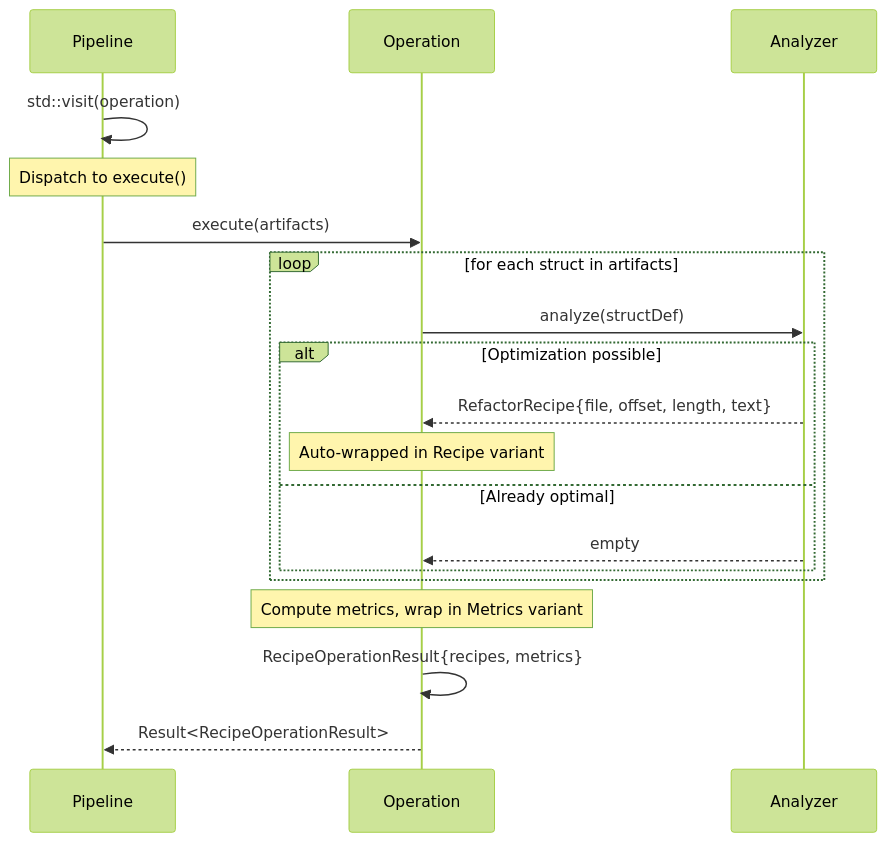
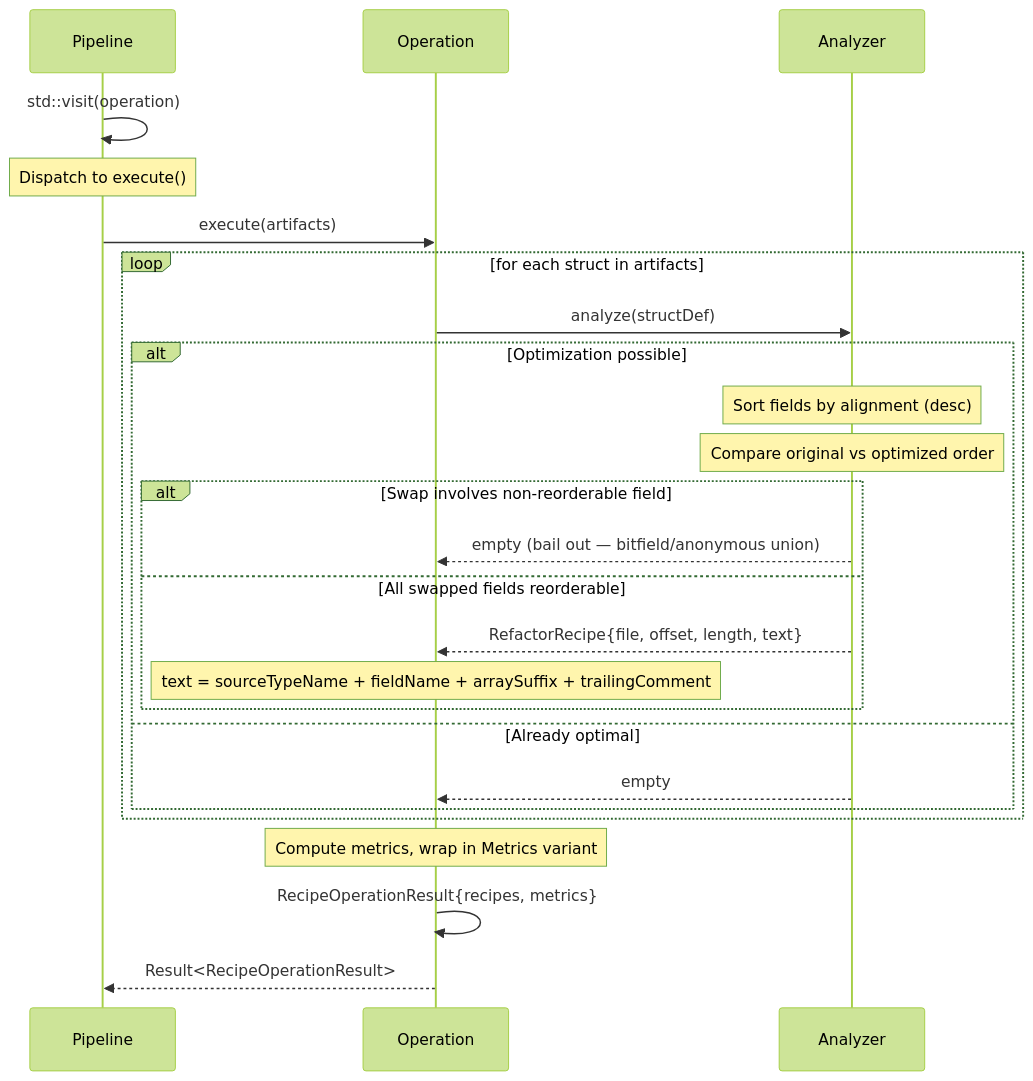
Before and after one commit to turakz/alchemy: the seventh of 10 diagrams in docs/design/sequence-diagrams.md, drawn with Mermaid (forest theme). The commit also changed other lines of this file and 122 other files, not shown here.

````diff
--- a/docs/design/sequence-diagrams.md
+++ b/docs/design/sequence-diagrams.md
@@ -366,26 +506,32 @@
 ```mermaid
 sequenceDiagram
     participant Pipeline
     participant Operation
     participant Analyzer
 
     Pipeline->>Pipeline: std::visit(operation)
     Note over Pipeline: Dispatch to execute()
     Pipeline->>Operation: execute(artifacts)
 
     loop for each struct in artifacts
         Operation->>Analyzer: analyze(structDef)
 
         alt Optimization possible
-            Analyzer-->>Operation: RefactorRecipe{file, offset, length, text}
-            Note over Operation: Auto-wrapped in Recipe variant
+            Note over Analyzer: Sort fields by alignment (desc)
+            Note over Analyzer: Compare original vs optimized order
+            alt Swap involves non-reorderable field
+                Analyzer-->>Operation: empty (bail out — bitfield/anonymous union)
+            else All swapped fields reorderable
+                Analyzer-->>Operation: RefactorRecipe{file, offset, length, text}
+                Note over Operation: text = sourceTypeName + fieldName + arraySuffix + trailingComment
+            end
         else Already optimal
             Analyzer-->>Operation: empty
         end
     end
 
     Note over Operation: Compute metrics, wrap in Metrics variant
     Operation->>Operation: RecipeOperationResult{recipes, metrics}
 
     Operation-->>Pipeline: Result<RecipeOperationResult>
 ```
````
